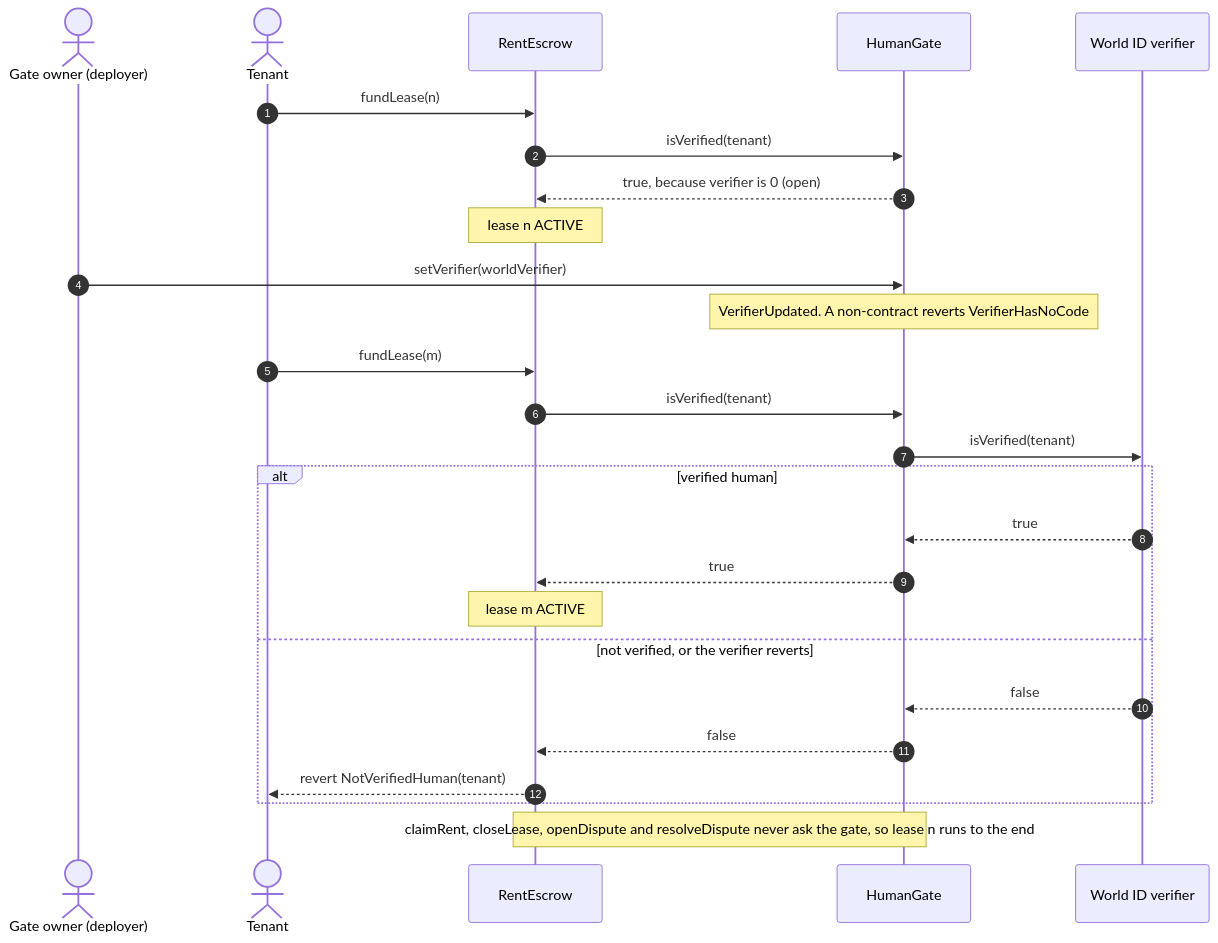
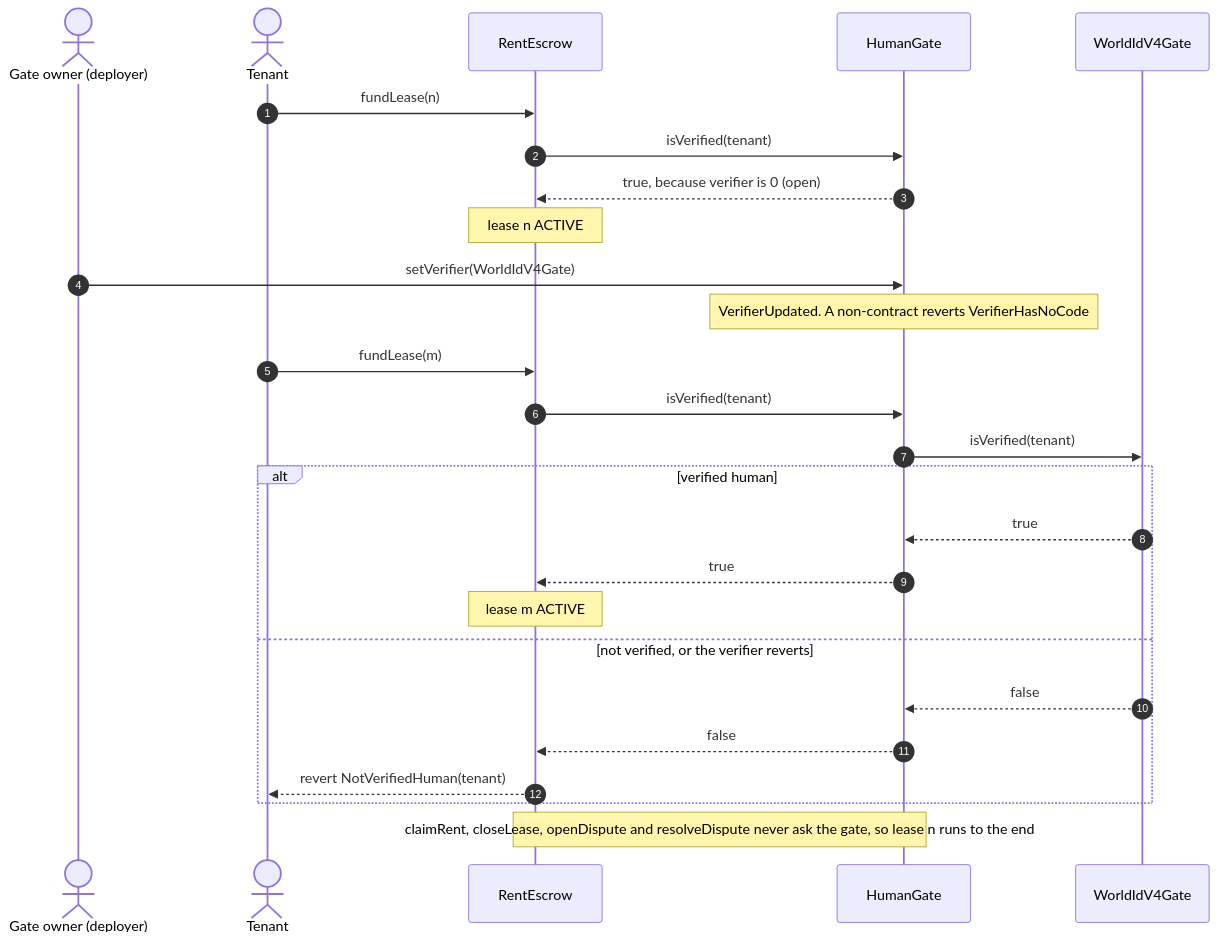
The fifth of 12 diagrams in ARCHITECTURE.md (AiAlchemist0/rentouts-escrow), drawn with Mermaid before and after one commit. The commit also changed other lines of this file and 5 other files, not shown here.

First line of the commit message:
docs(qa): the World ID gate is live; demo pre-flight for the gate switch

````diff
--- a/ARCHITECTURE.md
+++ b/ARCHITECTURE.md
@@ -246,28 +247,28 @@
 ```mermaid
 sequenceDiagram
     autonumber
     actor O as Gate owner (deployer)
     actor T as Tenant
     participant RE as RentEscrow
     participant HG as HumanGate
-    participant V as World ID verifier
+    participant V as WorldIdV4Gate
     T->>RE: fundLease(n)
     RE->>HG: isVerified(tenant)
     HG-->>RE: true, because verifier is 0 (open)
     Note over RE: lease n ACTIVE
-    O->>HG: setVerifier(worldVerifier)
+    O->>HG: setVerifier(WorldIdV4Gate)
     Note over HG: VerifierUpdated. A non-contract reverts VerifierHasNoCode
     T->>RE: fundLease(m)
     RE->>HG: isVerified(tenant)
     HG->>V: isVerified(tenant)
     alt verified human
         V-->>HG: true
         HG-->>RE: true
         Note over RE: lease m ACTIVE
     else not verified, or the verifier reverts
         V-->>HG: false
         HG-->>RE: false
         RE-->>T: revert NotVerifiedHuman(tenant)
     end
     Note over RE,HG: claimRent, closeLease, openDispute and resolveDispute never ask the gate, so lease n runs to the end
 ```
````
